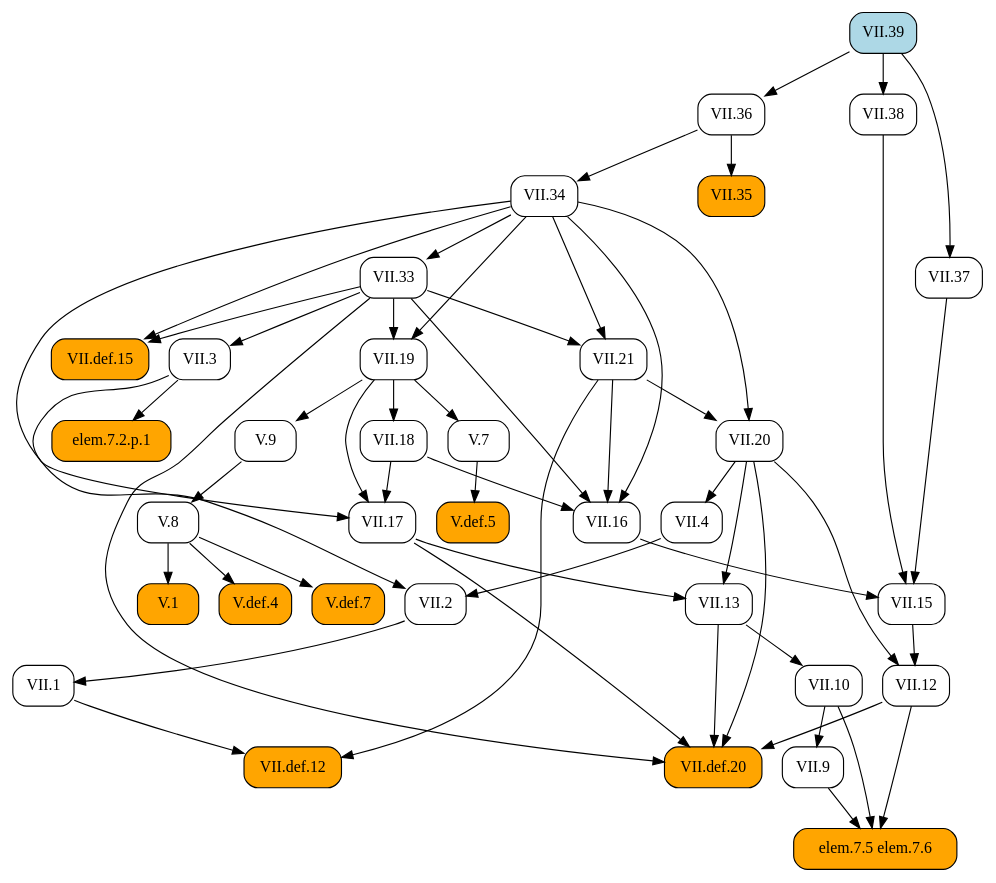
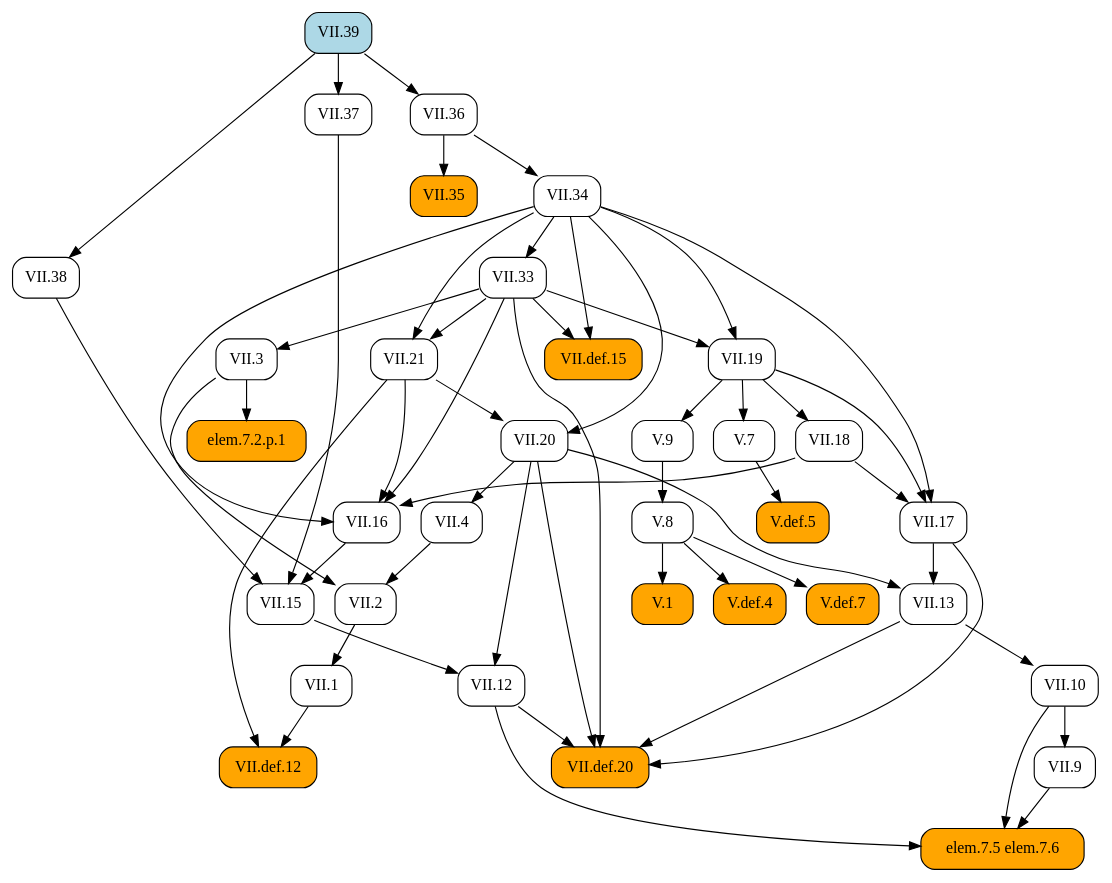
Before and after one commit to geometor/elements: the diagram in docsrc/heath/VII/39/index.rst, drawn with Graphviz. The commit also changed other lines of this file and 1029 other files, not shown here.

```diff
--- a/docsrc/heath/VII/39/index.rst
+++ b/docsrc/heath/VII/39/index.rst
@@ -46,92 +46,92 @@
    digraph {
      rankdir="TB";
      node [shape=box, style=rounded];
+     "VII.36" [URL="/heath/VII/36/", target="_top"];
+     "VII.1" [URL="/heath/VII/1/", target="_top"];
+     "VII.9" [URL="/heath/VII/9/", target="_top"];
+     "V.def.5" [style="rounded,filled", fillcolor=orange, URL="/heath/V/def.5/", target="_top"];
+     "VII.17" [URL="/heath/VII/17/", target="_top"];
+     "VII.3" [URL="/heath/VII/3/", target="_top"];
+     "elem.7.5 elem.7.6" [style="rounded,filled", fillcolor=orange];
+     "V.7" [URL="/heath/V/7/", target="_top"];
+     "V.9" [URL="/heath/V/9/", target="_top"];
+     "VII.13" [URL="/heath/VII/13/", target="_top"];
+     "VII.2" [URL="/heath/VII/2/", target="_top"];
+     "VII.12" [URL="/heath/VII/12/", target="_top"];
+     "VII.def.12" [style="rounded,filled", fillcolor=orange, URL="/heath/VII/def.12/", target="_top"];
+     "V.8" [URL="/heath/V/8/", target="_top"];
+     "VII.33" [URL="/heath/VII/33/", target="_top"];
+     "elem.7.2.p.1" [style="rounded,filled", fillcolor=orange];
+     "VII.10" [URL="/heath/VII/10/", target="_top"];
+     "VII.def.15" [style="rounded,filled", fillcolor=orange, URL="/heath/VII/def.15/", target="_top"];
+     "VII.19" [URL="/heath/VII/19/", target="_top"];
+     "VII.18" [URL="/heath/VII/18/", target="_top"];
+     "VII.39" [style="rounded,filled", fillcolor=lightblue, URL="/heath/VII/39/", target="_top"];
+     "VII.16" [URL="/heath/VII/16/", target="_top"];
+     "VII.4" [URL="/heath/VII/4/", target="_top"];
+     "VII.21" [URL="/heath/VII/21/", target="_top"];
      "V.1" [style="rounded,filled", fillcolor=orange, URL="/heath/V/1/", target="_top"];
-     "VII.12" [URL="/heath/VII/12/", target="_top"];
+     "VII.38" [URL="/heath/VII/38/", target="_top"];
      "VII.35" [style="rounded,filled", fillcolor=orange, URL="/heath/VII/35/", target="_top"];
-     "VII.16" [URL="/heath/VII/16/", target="_top"];
-     "VII.13" [URL="/heath/VII/13/", target="_top"];
-     "V.def.4" [style="rounded,filled", fillcolor=orange, URL="/heath/V/def.4/", target="_top"];
-     "VII.def.15" [style="rounded,filled", fillcolor=orange, URL="/heath/VII/def.15/", target="_top"];
-     "VII.18" [URL="/heath/VII/18/", target="_top"];
-     "V.8" [URL="/heath/V/8/", target="_top"];
-     "VII.21" [URL="/heath/VII/21/", target="_top"];
-     "V.7" [URL="/heath/V/7/", target="_top"];
-     "VII.15" [URL="/heath/VII/15/", target="_top"];
-     "VII.def.12" [style="rounded,filled", fillcolor=orange, URL="/heath/VII/def.12/", target="_top"];
-     "VII.34" [URL="/heath/VII/34/", target="_top"];
-     "VII.2" [URL="/heath/VII/2/", target="_top"];
-     "VII.def.20" [style="rounded,filled", fillcolor=orange, URL="/heath/VII/def.20/", target="_top"];
-     "VII.3" [URL="/heath/VII/3/", target="_top"];
-     "VII.36" [URL="/heath/VII/36/", target="_top"];
-     "elem.7.5 elem.7.6" [style="rounded,filled", fillcolor=orange];
-     "VII.10" [URL="/heath/VII/10/", target="_top"];
-     "V.def.7" [style="rounded,filled", fillcolor=orange, URL="/heath/V/def.7/", target="_top"];
      "VII.37" [URL="/heath/VII/37/", target="_top"];
      "VII.20" [URL="/heath/VII/20/", target="_top"];
-     "VII.9" [URL="/heath/VII/9/", target="_top"];
-     "VII.39" [style="rounded,filled", fillcolor=lightblue, URL="/heath/VII/39/", target="_top"];
-     "VII.19" [URL="/heath/VII/19/", target="_top"];
-     "VII.4" [URL="/heath/VII/4/", target="_top"];
-     "elem.7.2.p.1" [style="rounded,filled", fillcolor=orange];
-     "V.9" [URL="/heath/V/9/", target="_top"];
-     "VII.38" [URL="/heath/VII/38/", target="_top"];
-     "VII.1" [URL="/heath/VII/1/", target="_top"];
-     "VII.33" [URL="/heath/VII/33/", target="_top"];
-     "V.def.5" [style="rounded,filled", fillcolor=orange, URL="/heath/V/def.5/", target="_top"];
-     "VII.17" [URL="/heath/VII/17/", target="_top"];
-     "V.8" -> "V.1";
+     "VII.34" [URL="/heath/VII/34/", target="_top"];
+     "V.def.4" [style="rounded,filled", fillcolor=orange, URL="/heath/V/def.4/", target="_top"];
+     "V.def.7" [style="rounded,filled", fillcolor=orange, URL="/heath/V/def.7/", target="_top"];
+     "VII.15" [URL="/heath/VII/15/", target="_top"];
+     "VII.def.20" [style="rounded,filled", fillcolor=orange, URL="/heath/VII/def.20/", target="_top"];
+     "VII.39" -> "VII.36";
+     "VII.2" -> "VII.1";
+     "VII.10" -> "VII.9";
+     "V.7" -> "V.def.5";
+     "VII.18" -> "VII.17";
+     "VII.19" -> "VII.17";
+     "VII.34" -> "VII.17";
+     "VII.33" -> "VII.3";
+     "VII.9" -> "elem.7.5 elem.7.6";
+     "VII.10" -> "elem.7.5 elem.7.6";
+     "VII.12" -> "elem.7.5 elem.7.6";
+     "VII.19" -> "V.7";
+     "VII.19" -> "V.9";
+     "VII.17" -> "VII.13";
+     "VII.20" -> "VII.13";
+     "VII.3" -> "VII.2";
+     "VII.4" -> "VII.2";
      "VII.15" -> "VII.12";
      "VII.20" -> "VII.12";
-     "VII.36" -> "VII.35";
+     "VII.1" -> "VII.def.12";
+     "VII.21" -> "VII.def.12";
+     "V.9" -> "V.8";
+     "VII.34" -> "VII.33";
+     "VII.3" -> "elem.7.2.p.1";
+     "VII.13" -> "VII.10";
+     "VII.33" -> "VII.def.15";
+     "VII.34" -> "VII.def.15";
+     "VII.33" -> "VII.19";
+     "VII.34" -> "VII.19";
+     "VII.19" -> "VII.18";
      "VII.18" -> "VII.16";
      "VII.21" -> "VII.16";
      "VII.33" -> "VII.16";
      "VII.34" -> "VII.16";
-     "VII.17" -> "VII.13";
-     "VII.20" -> "VII.13";
-     "V.8" -> "V.def.4";
-     "VII.33" -> "VII.def.15";
-     "VII.34" -> "VII.def.15";
-     "VII.19" -> "VII.18";
-     "V.9" -> "V.8";
+     "VII.20" -> "VII.4";
      "VII.33" -> "VII.21";
      "VII.34" -> "VII.21";
-     "VII.19" -> "V.7";
+     "V.8" -> "V.1";
+     "VII.39" -> "VII.38";
+     "VII.36" -> "VII.35";
+     "VII.39" -> "VII.37";
+     "VII.21" -> "VII.20";
+     "VII.34" -> "VII.20";
+     "VII.36" -> "VII.34";
+     "V.8" -> "V.def.4";
+     "V.8" -> "V.def.7";
      "VII.16" -> "VII.15";
      "VII.37" -> "VII.15";
      "VII.38" -> "VII.15";
-     "VII.1" -> "VII.def.12";
-     "VII.21" -> "VII.def.12";
-     "VII.36" -> "VII.34";
-     "VII.3" -> "VII.2";
-     "VII.4" -> "VII.2";
      "VII.12" -> "VII.def.20";
      "VII.13" -> "VII.def.20";
      "VII.17" -> "VII.def.20";
      "VII.20" -> "VII.def.20";
      "VII.33" -> "VII.def.20";
-     "VII.33" -> "VII.3";
-     "VII.39" -> "VII.36";
-     "VII.9" -> "elem.7.5 elem.7.6";
-     "VII.10" -> "elem.7.5 elem.7.6";
-     "VII.12" -> "elem.7.5 elem.7.6";
-     "VII.13" -> "VII.10";
-     "V.8" -> "V.def.7";
-     "VII.39" -> "VII.37";
-     "VII.21" -> "VII.20";
-     "VII.34" -> "VII.20";
-     "VII.10" -> "VII.9";
-     "VII.33" -> "VII.19";
-     "VII.34" -> "VII.19";
-     "VII.20" -> "VII.4";
-     "VII.3" -> "elem.7.2.p.1";
-     "VII.19" -> "V.9";
-     "VII.39" -> "VII.38";
-     "VII.2" -> "VII.1";
-     "VII.34" -> "VII.33";
-     "V.7" -> "V.def.5";
-     "VII.18" -> "VII.17";
-     "VII.19" -> "VII.17";
-     "VII.34" -> "VII.17";
    }
```
